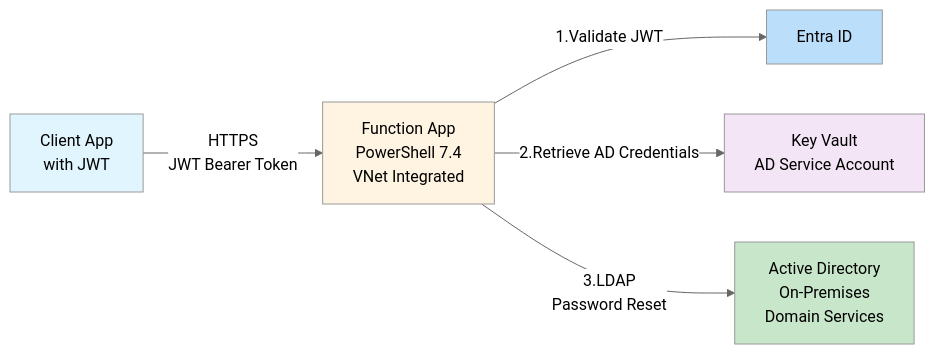
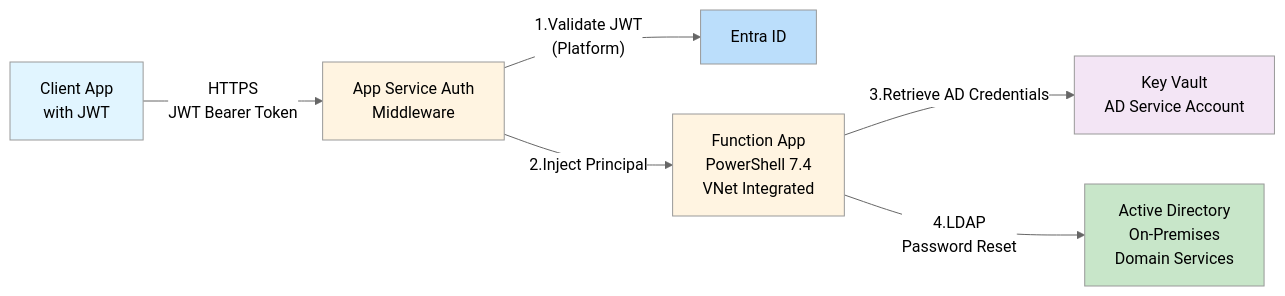
Before and after one commit to broberts23/vsCode: the diagram in project-functionapp-roles/README.md, drawn with Mermaid (neutral theme). The commit also changed other lines of this file and 20 other files, not shown here.

Commit message:
Refactor PasswordResetHelpers.Tests to implement Get-ClientPrincipal function and enhance JWT validation tests; add comprehensive blog documentation on secure password reset API architecture and implementation.

````diff
--- a/project-functionapp-roles/README.md
+++ b/project-functionapp-roles/README.md
@@ -7,13 +7,15 @@
 ```mermaid
 flowchart LR
-    A["Client App<br>with JWT"] -- HTTPS<br>JWT Bearer Token --> B["Function App<br>PowerShell 7.4<br>VNet Integrated"]
-    B -- "1.Validate JWT" --> C["Entra ID"]
-    B -- "2.Retrieve AD Credentials" --> D["Key Vault<br>AD Service Account"]
-    B -- "3.LDAP<br>Password Reset" --> E["Active Directory<br>On-Premises<br>Domain Services"]
+    A["Client App<br>with JWT"] -- HTTPS<br>JWT Bearer Token --> B["App Service Auth<br>Middleware"]
+    B -- "1.Validate JWT<br>(Platform)" --> C["Entra ID"]
+    B -- "2.Inject Principal" --> D["Function App<br>PowerShell 7.4<br>VNet Integrated"]
+    D -- "3.Retrieve AD Credentials" --> E["Key Vault<br>AD Service Account"]
+    D -- "4.LDAP<br>Password Reset" --> F["Active Directory<br>On-Premises<br>Domain Services"]
 
     style A fill:#e1f5ff
     style B fill:#fff4e1
     style C fill:#BBDEFB
-    style D fill:#f3e5f5
-    style E fill:#C8E6C9
+    style D fill:#fff4e1
+    style E fill:#f3e5f5
+    style F fill:#C8E6C9
 ```
````
